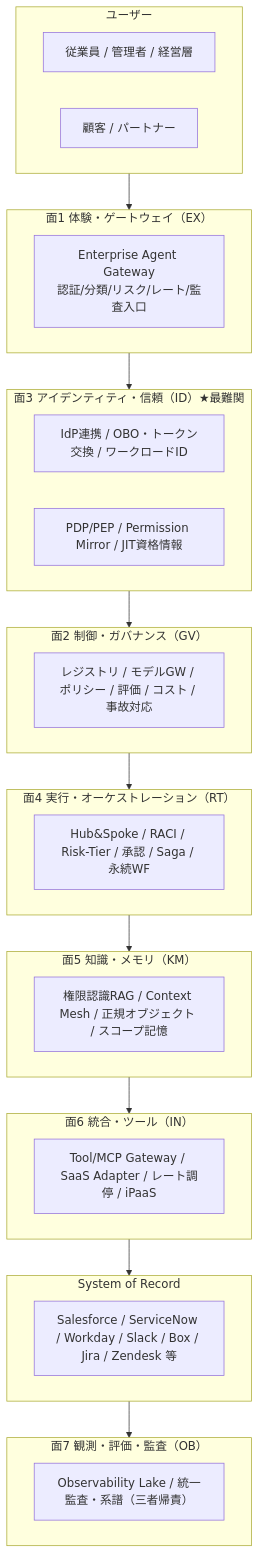
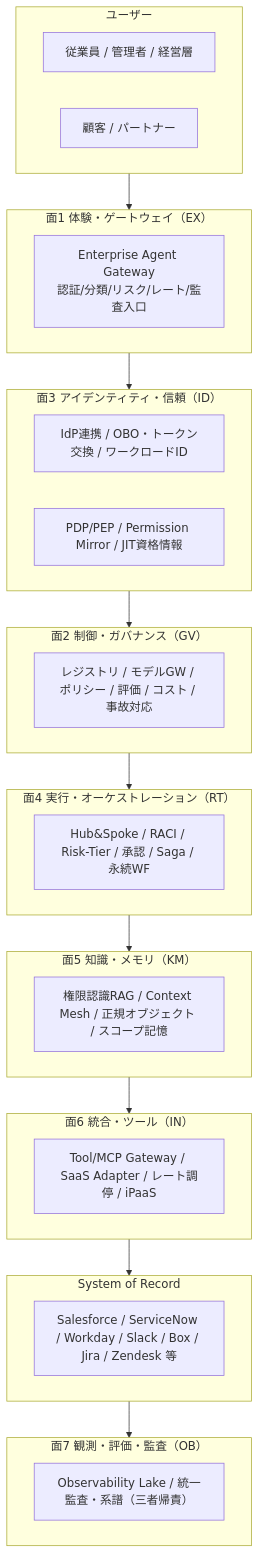
One commit to shibuiwilliam/enterprise-agent-reference-architectures changed the diagram in docs/overview/agenda.md. Above: the diagram before and after it, drawn with Mermaid. The commit also changed other lines of this file and 17 other files, not shown here.

````diff
--- a/docs/overview/agenda.md
+++ b/docs/overview/agenda.md
@@ -62,49 +62,49 @@
 ```mermaid
 graph TB
     subgraph Users["ユーザー"]
         E[従業員 / 管理者 / 経営層]
         C[顧客 / パートナー]
     end
 
     subgraph F1["面1 体験・ゲートウェイ（EX）"]
         GW[Enterprise Agent Gateway<br/>認証/分類/リスク/レート/監査入口]
     end
 
-    subgraph F3["面3 アイデンティティ・信頼（ID）★最難関"]
+    subgraph F3["面3 アイデンティティ・信頼（ID）"]
         IDP[IdP連携 / OBO・トークン交換 / ワークロードID]
         PDP[PDP/PEP / Permission Mirror / JIT資格情報]
     end
 
     subgraph F2["面2 制御・ガバナンス（GV）"]
         GOV[レジストリ / モデルGW / ポリシー / 評価 / コスト / 事故対応]
     end
 
     subgraph F4["面4 実行・オーケストレーション（RT）"]
         RT[Hub&Spoke / RACI / Risk-Tier / 承認 / Saga / 永続WF]
     end
 
     subgraph F5["面5 知識・メモリ（KM）"]
         KM[権限認識RAG / Context Mesh / 正規オブジェクト / スコープ記憶]
     end
 
     subgraph F6["面6 統合・ツール（IN）"]
         IN[Tool/MCP Gateway / SaaS Adapter / レート調停 / iPaaS]
     end
 
     subgraph SoR["System of Record"]
         S[Salesforce / ServiceNow / Workday / Slack / Box / Jira / Zendesk 等]
     end
 
     subgraph F7["面7 観測・評価・監査（OB）"]
         OB[Observability Lake / 統一監査・系譜（三者帰責）]
     end
 
     Users --> F1
     F1 --> F3
     F3 --> F2
     F2 --> F4
     F4 --> F5
     F5 --> F6
     F6 --> SoR
     SoR --> F7
 ```
````
